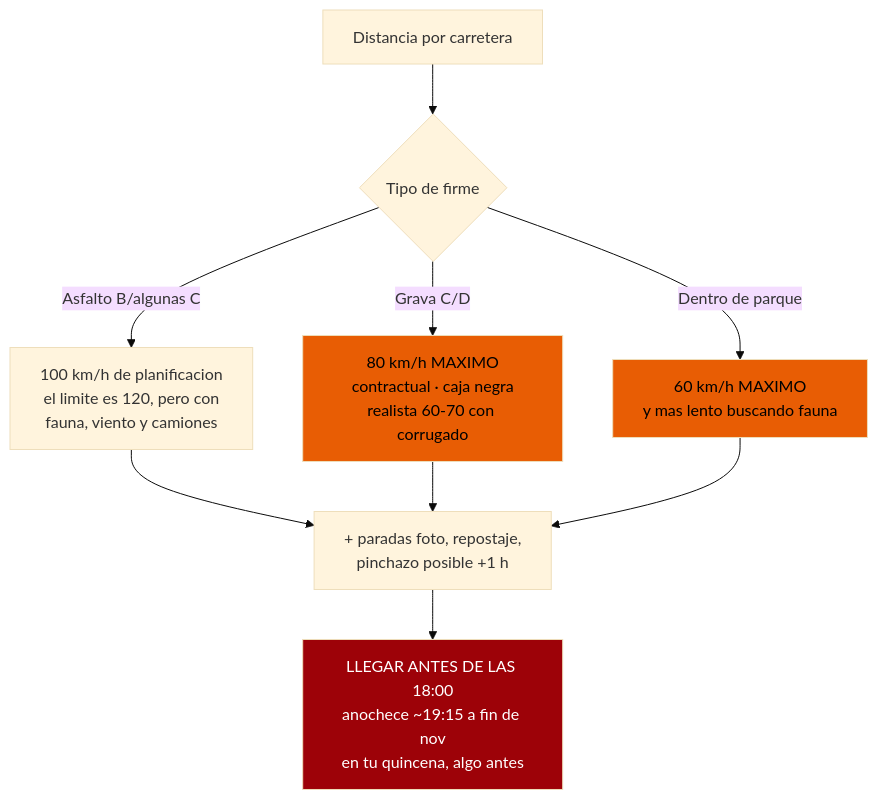
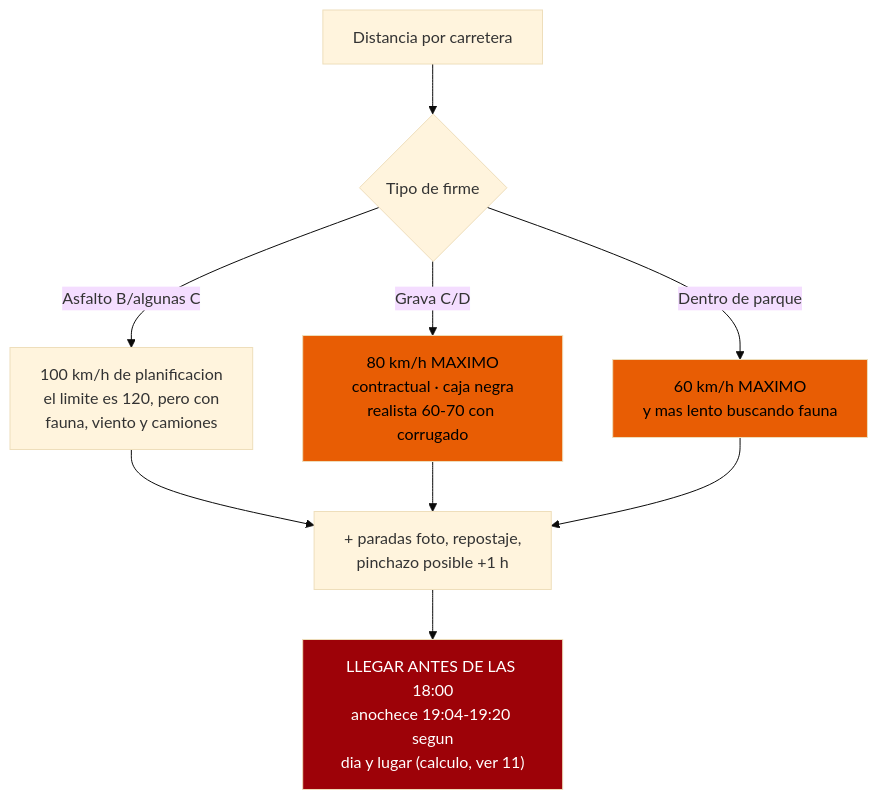
The first of 8 diagrams in 04-itinerario.md (morandeirachema/namibia), drawn with Mermaid (base theme) before and after one commit. The commit also changed 6 other files, not shown here.

Commit message:
Anadir el sol dia a dia (calculo NOAA) y los horarios que mandan: puertas, alcohol en domingo y Cape Cross premium por confirmar

````diff
--- a/04-itinerario.md
+++ b/04-itinerario.md
@@ -33,14 +33,14 @@
 ```mermaid
 flowchart TD
     A["Distancia por carretera"] --> B{"Tipo de firme"}
     B -->|"Asfalto B/algunas C"| C["100 km/h de planificacion<br/>el limite es 120, pero con<br/>fauna, viento y camiones"]
     B -->|"Grava C/D"| D["80 km/h MAXIMO<br/>contractual · caja negra<br/>realista 60-70 con corrugado"]
     B -->|"Dentro de parque"| E["60 km/h MAXIMO<br/>y mas lento buscando fauna"]
     C --> F["+ paradas foto, repostaje,<br/>pinchazo posible +1 h"]
     D --> F
     E --> F
-    F --> G["LLEGAR ANTES DE LAS 18:00<br/>anochece ~19:15 a fin de nov<br/>en tu quincena, algo antes"]
+    F --> G["LLEGAR ANTES DE LAS 18:00<br/>anochece 19:04-19:20 segun<br/>dia y lugar (calculo, ver 11)"]
     style D fill:#e85d04,color:#000
     style E fill:#e85d04,color:#000
     style G fill:#9d0208,color:#fff
 ```
````
